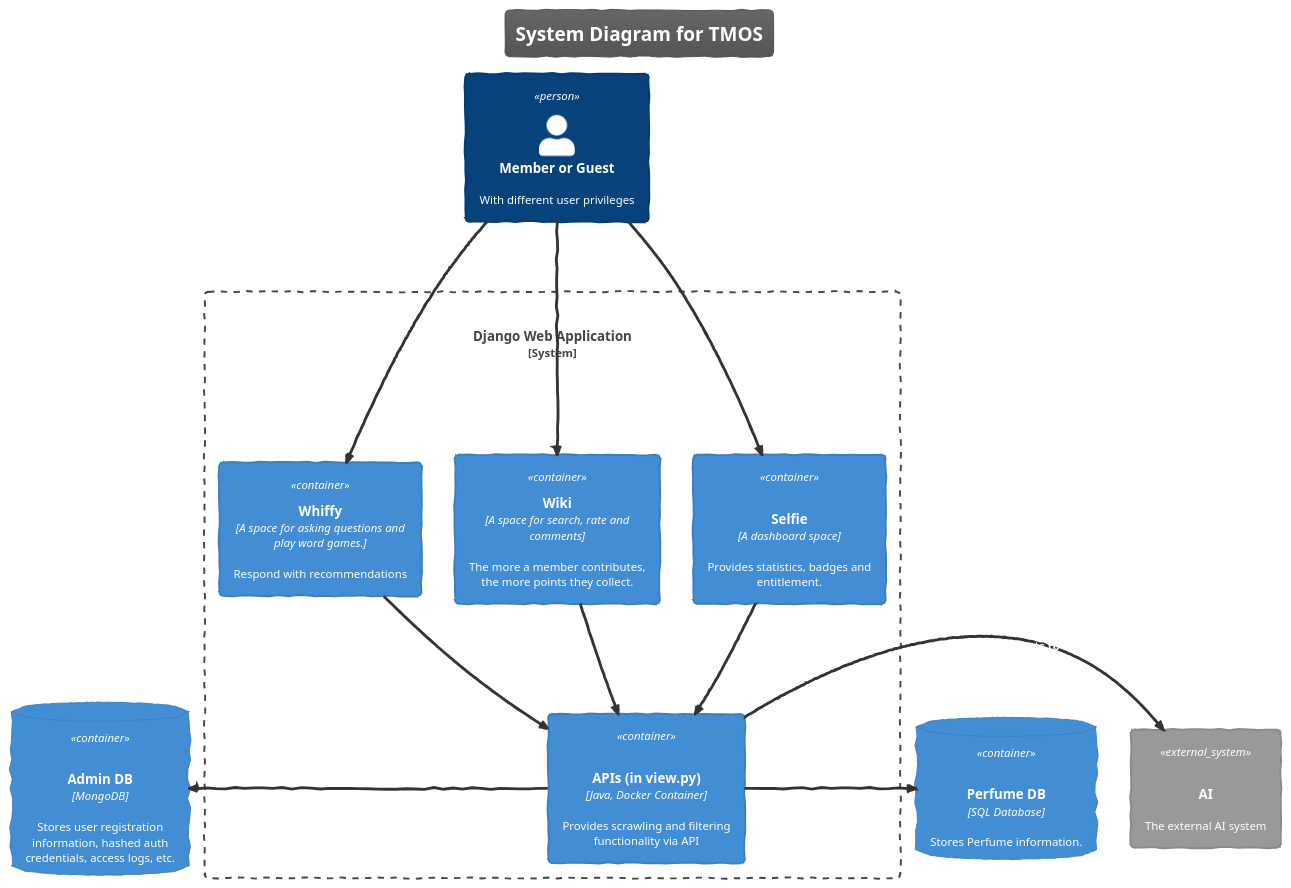
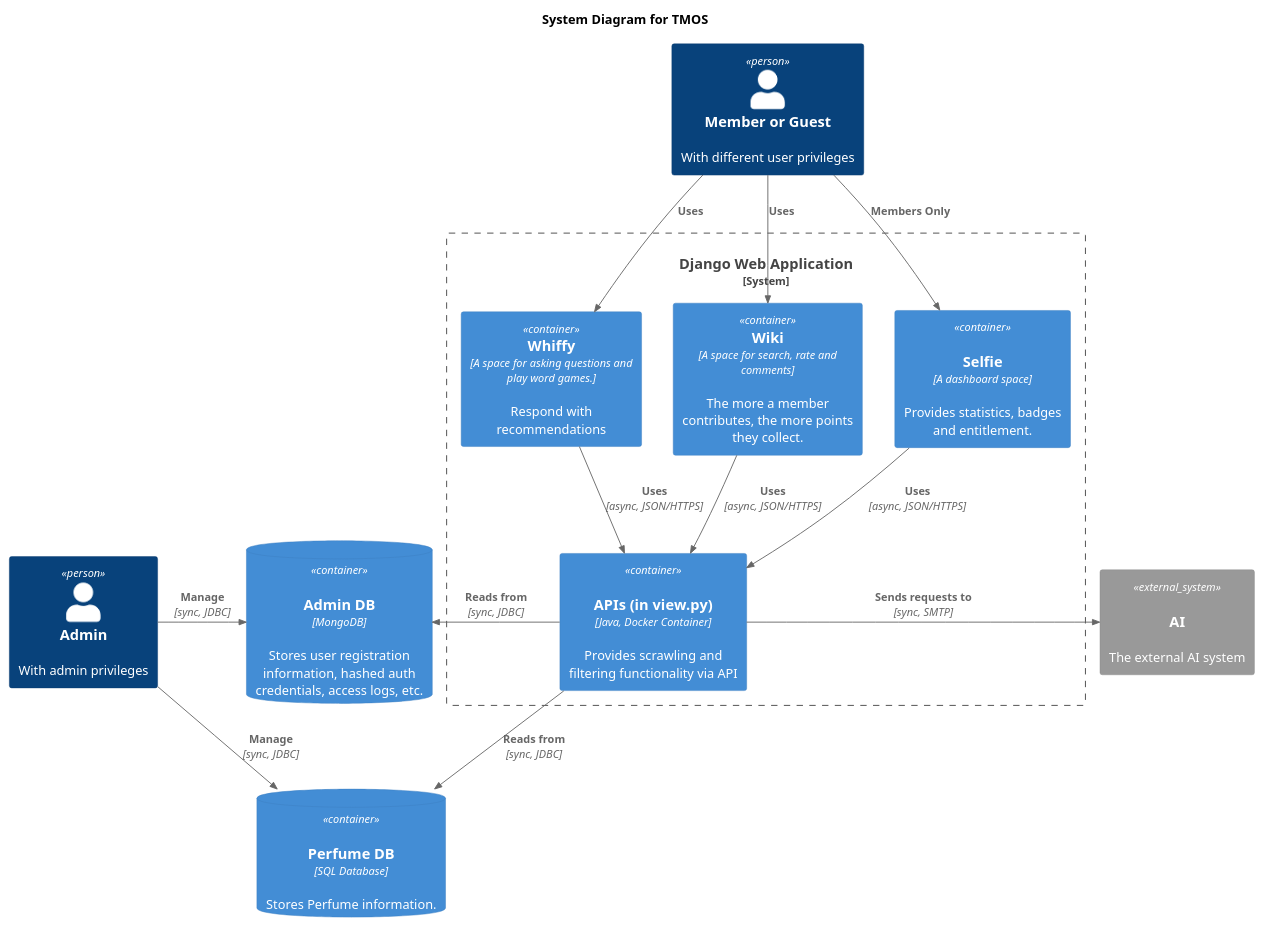
Before and after one commit to pmwong008/PlantUML_boot: the diagram in docs/architecture/tmos_system.puml, drawn with PlantUML.

Commit message:
System diagram updated with Admin

```diff
--- a/docs/architecture/tmos_system.puml
+++ b/docs/architecture/tmos_system.puml
@@ -1,42 +1,46 @@
 @startuml
 ' uncomment the following line and comment the first to use locally
 !include ./C4-PlantUML/C4_Container.puml
-!theme sketchy
+'!theme sketchy
 
 ' LAYOUT_TOP_DOWN()
 ' LAYOUT_AS_SKETCH()
 ' LAYOUT_WITH_LEGEND()
 
 title System Diagram for TMOS
 
 Person(member, Member or Guest, "With different user privileges")
 
 System_Boundary(c1, "Django Web Application") {
     Container(whiffy, "Whiffy", "A space for asking questions and play word games.", "Respond with recommendations")
     Container(wiki, "Wiki", "A space for search, rate and comments", "The more a member contributes, the more points they collect.")
     Container(selfie, "Selfie", "A dashboard space", "Provides statistics, badges and entitlement.", "dotnet")
 
     Container(backend_api, "APIs (in view.py)", "Java, Docker Container", "Provides scrawling and filtering functionality via API", "server")
 }
 
 ContainerDb(db_mongo, "Admin DB", "MongoDB", "Stores user registration information, hashed auth credentials, access logs, etc.", "mongo_server")
 ContainerDb(db_sql, "Perfume DB", "SQL Database", "Stores Perfume information.", "mysql_server")
 
 System_Ext(External_AI, "AI", "The external AI system", "envelope")
 
 Rel(member, whiffy, "Uses")
 Rel(member, wiki, "Uses")
-Rel(member, selfie, "Uses")
+Rel(member, selfie, "Members Only")
 
 ' Rel_Neighbor(whiffy, wiki, "Delivers")
 Rel(wiki, backend_api, "Uses", "async, JSON/HTTPS")
 Rel(whiffy, backend_api, "Uses", "async, JSON/HTTPS")
 Rel(selfie, backend_api, "Uses", "async, JSON/HTTPS")
 
-Rel_Back_Neighbor(db_mongo, backend_api, "Reads from and writes to", "sync, JDBC")
-Rel_Back_Neighbor(db_sql, backend_api, "Reads from and writes to", "sync, JDBC")
+Rel_Back_Neighbor(db_mongo, backend_api, "Reads from", "sync, JDBC")
+Rel(backend_api, db_sql,  "Reads from", "sync, JDBC")
 
 'Rel_Back(member, External_AI, "Sends e-mails to")
 Rel_Neighbor(backend_api, External_AI,  "Sends requests to", "sync, SMTP")
 ' Rel_Back(External_AI, backend_api, "Sends e-mails using", "sync, SMTP")
+
+Person(admin, Admin, "With admin privileges")
+Rel_Neighbor(admin, db_mongo, "Manage", "sync, JDBC")
+Rel(admin, db_sql, "Manage", "sync, JDBC")
 @enduml
```
